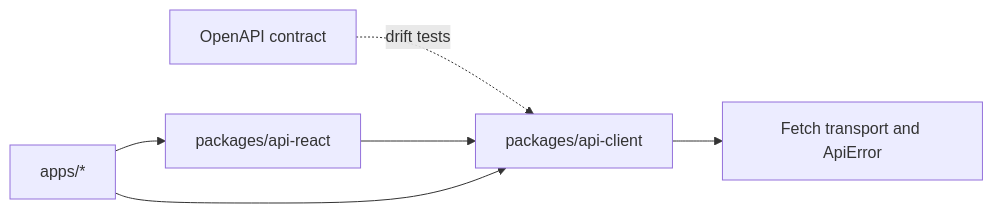
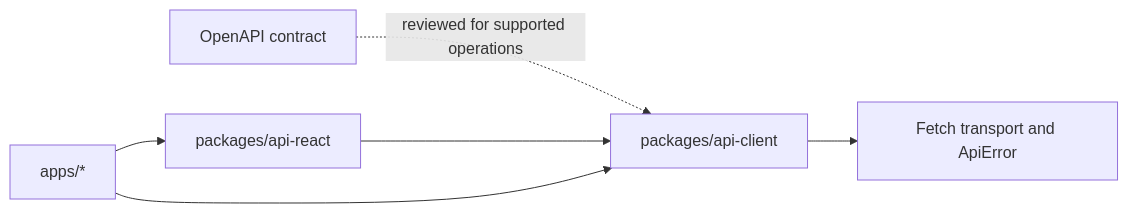
The diagram in docs/architecture/07-api-client.md (chukwuemekanweke/nextjs-project-template), drawn with Mermaid before and after one commit. The commit also changed other lines of this file and 8 other files, not shown here.

````diff
--- a/docs/architecture/07-api-client.md
+++ b/docs/architecture/07-api-client.md
@@ -9,8 +9,8 @@
 ```mermaid
 flowchart LR
-  OpenAPI[OpenAPI contract] -. drift tests .-> Client[packages/api-client]
+  OpenAPI[OpenAPI contract] -. reviewed for supported operations .-> Client[packages/api-client]
   Client --> Transport[Fetch transport and ApiError]
   React[packages/api-react] --> Client
   Apps[apps/*] --> React
   Apps --> Client
 ```
````
